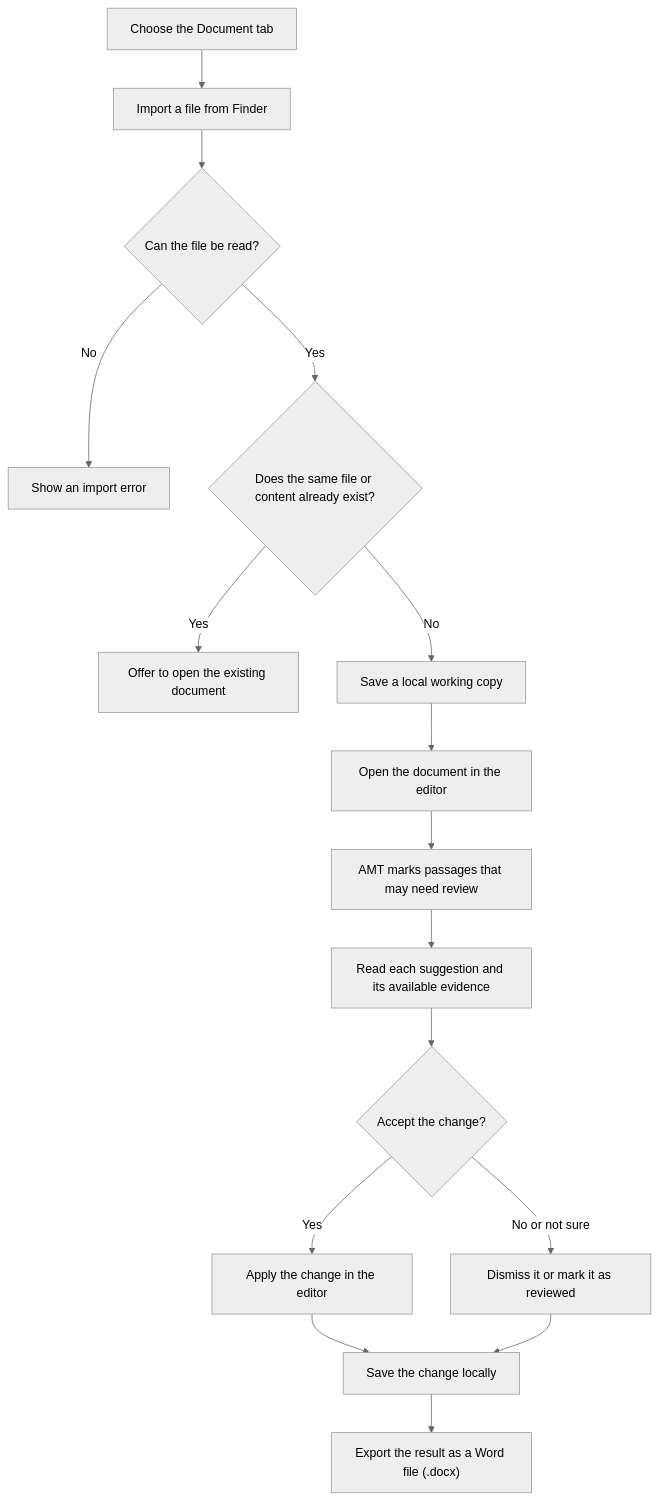
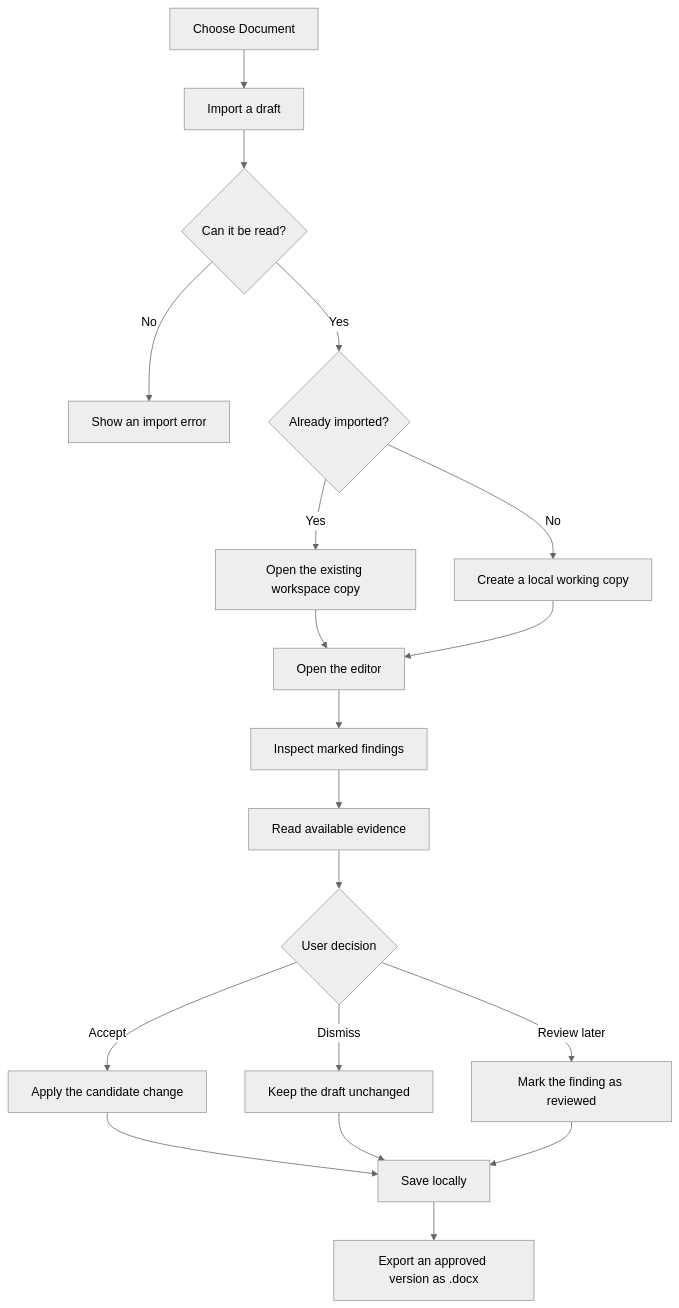
One commit to MorpKnight/AMT changed the first of 2 diagrams in README.md. Above: the diagram before and after it, drawn with Mermaid (neutral theme). The commit also changed other lines of this file, not shown here.

````diff
--- a/README.md
+++ b/README.md
@@ -46,18 +42,21 @@
-~~~mermaid
+```mermaid
 flowchart TD
-    A["Choose the Document tab"] --> B["Import a file from Finder"]
-    B --> C{"Can the file be read?"}
-    C -- "No" --> X["Show an import error"]
-    C -- "Yes" --> D{"Does the same file or content already exist?"}
-    D -- "Yes" --> E["Offer to open the existing document"]
-    D -- "No" --> F["Save a local working copy"]
-    F --> G["Open the document in the editor"]
-    G --> H["AMT marks passages that may need review"]
-    H --> I["Read each suggestion and its available evidence"]
-    I --> J{"Accept the change?"}
-    J -- "Yes" --> K["Apply the change in the editor"]
-    J -- "No or not sure" --> L["Dismiss it or mark it as reviewed"]
-    K --> M["Save the change locally"]
-    L --> M
-    M --> N["Export the result as a Word file (.docx)"]
-~~~
+    A[Choose Document] --> B[Import a draft]
+    B --> C{Can it be read?}
+    C -- No --> X[Show an import error]
+    C -- Yes --> D{Already imported?}
+    D -- Yes --> E[Open the existing workspace copy]
+    D -- No --> F[Create a local working copy]
+    E --> G[Open the editor]
+    F --> G
+    G --> H[Inspect marked findings]
+    H --> I[Read available evidence]
+    I --> J{User decision}
+    J -- Accept --> K[Apply the candidate change]
+    J -- Dismiss --> L[Keep the draft unchanged]
+    J -- Review later --> M[Mark the finding as reviewed]
+    K --> N[Save locally]
+    L --> N
+    M --> N
+    N --> O[Export an approved version as .docx]
+```
````
